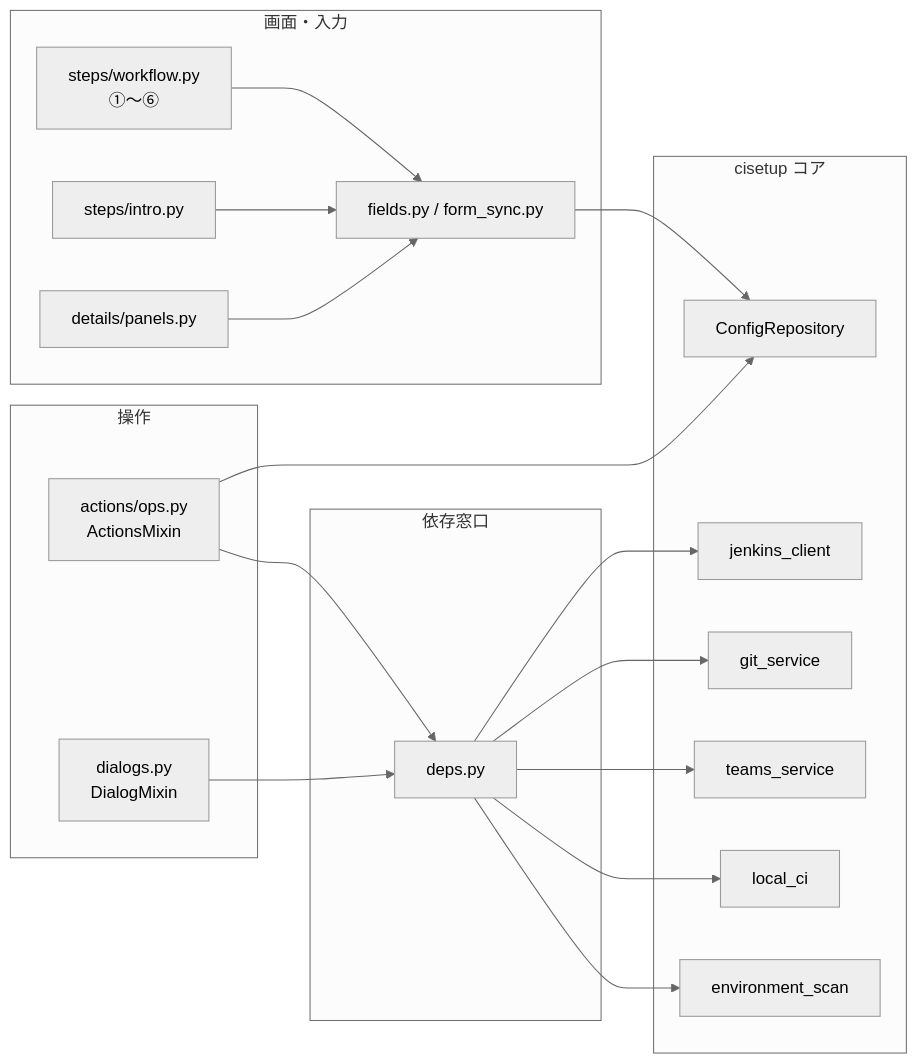
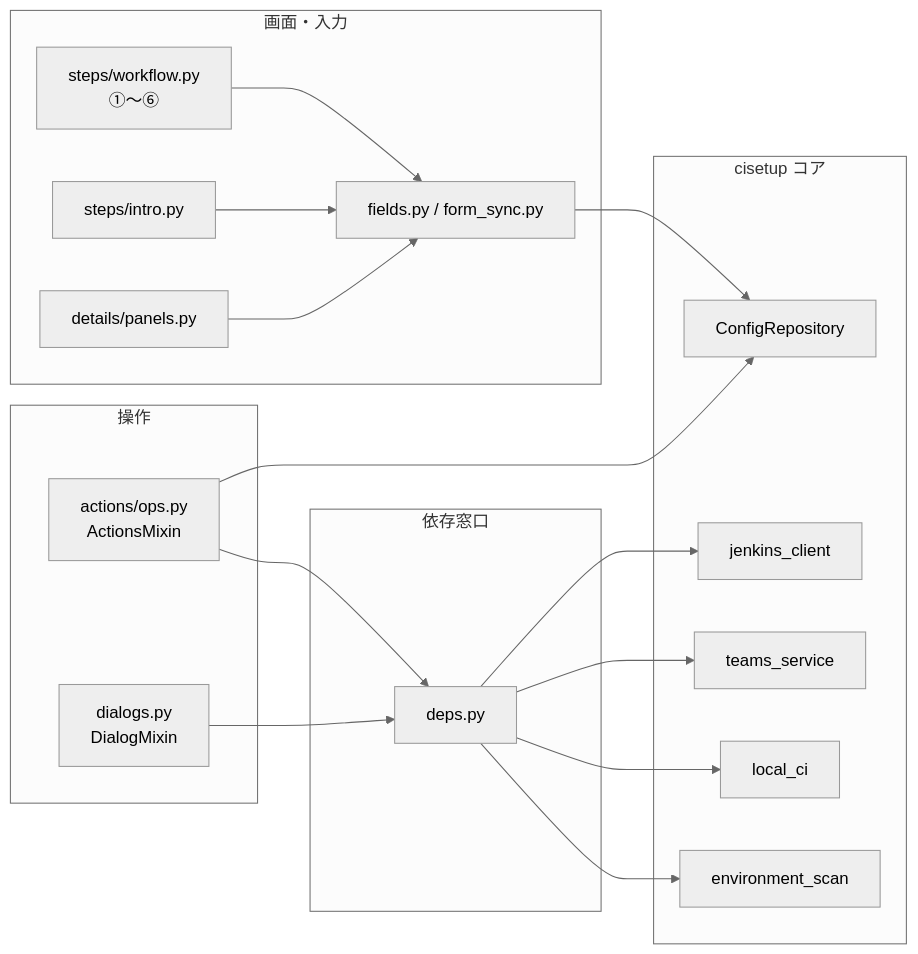
One commit to gt-ynakamatsu/ci-setup-tool changed the third of 12 diagrams in docs/DESIGN.md. Above: the diagram before and after it, drawn with Mermaid (neutral theme). The commit also changed other lines of this file and 17 other files, not shown here.

````diff
--- a/docs/DESIGN.md
+++ b/docs/DESIGN.md
@@ -342,33 +337,32 @@
 ```mermaid
 flowchart LR
     subgraph UI["画面・入力"]
         W["steps/workflow.py<br/>①〜⑥"]
         I["steps/intro.py"]
         D["details/panels.py"]
         F["fields.py / form_sync.py"]
     end
 
     subgraph Actions["操作"]
         OPS["actions/ops.py<br/>ActionsMixin"]
         DLG["dialogs.py<br/>DialogMixin"]
     end
 
     subgraph Bridge["依存窓口"]
         DEPS["deps.py"]
     end
 
     subgraph Services["cisetup コア"]
         REPO["ConfigRepository"]
         JC["jenkins_client"]
-        GS["git_service"]
         TS["teams_service"]
         LC["local_ci"]
         ES["environment_scan"]
     end
 
     W & I & D --> F
     F --> REPO
     OPS & DLG --> DEPS
-    DEPS --> JC & GS & TS & LC & ES
+    DEPS --> JC & TS & LC & ES
     OPS --> REPO
 ```
````
